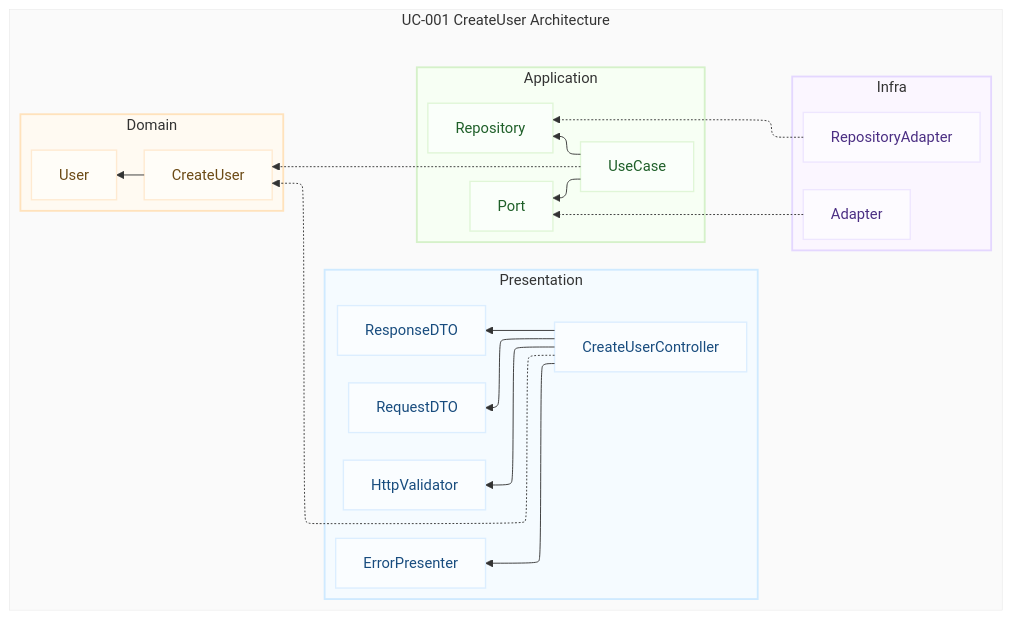
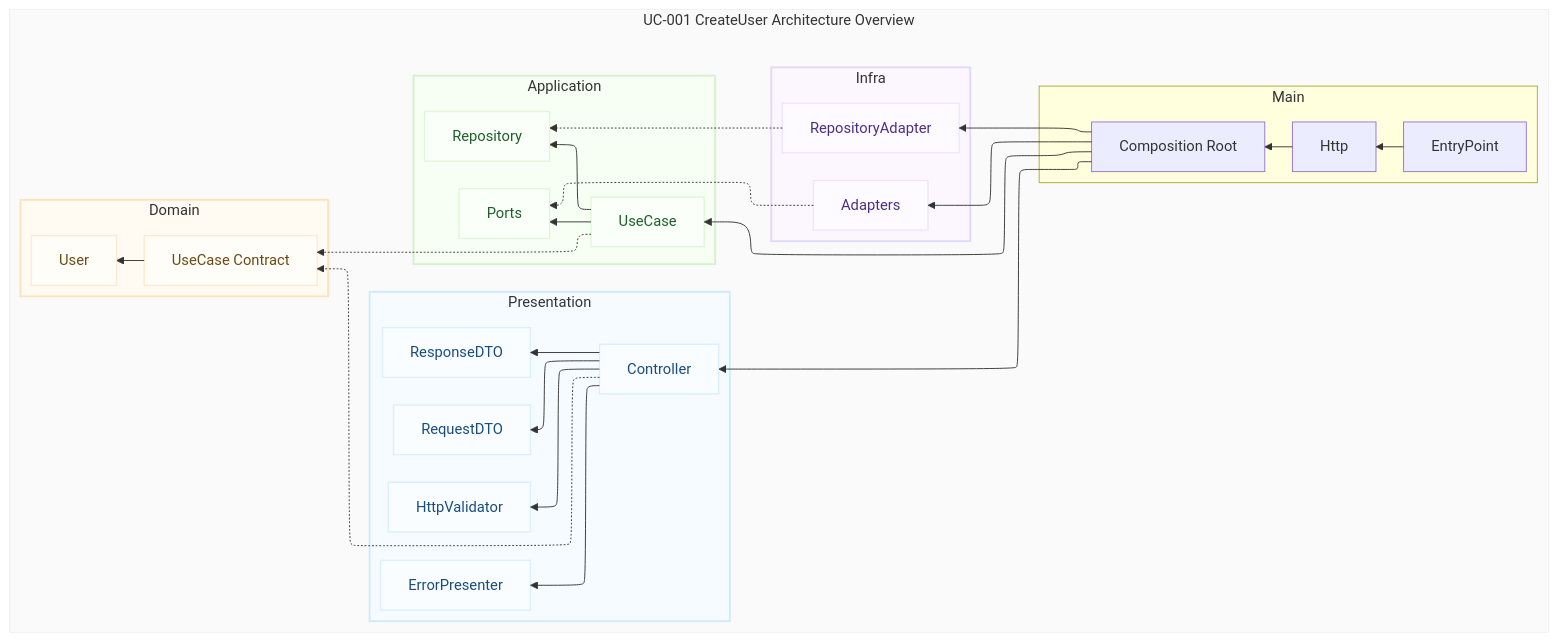
Before and after one commit to maurolps/ratemypet: the diagram in docs/diagrams/backend/UC-001-create-user-architecture.md, drawn with Mermaid.

Commit message:
docs(diagram): add main layer to UC-001 architecture

```diff
--- a/docs/diagrams/backend/UC-001-create-user-architecture.md
+++ b/docs/diagrams/backend/UC-001-create-user-architecture.md
@@ -9,45 +9,59 @@
 
 flowchart RL
 
-  subgraph Architecture[UC-001 CreateUser Architecture]
-  
+  subgraph Architecture[UC-001 CreateUser Architecture Overview]
+    %% Main
+    subgraph Main
+      Composition[Composition Root]
+      EntryPoint
+      Http
+    end
+          %% Main Relations
+          EntryPoint --> Http
+          Http --> Composition
+          Composition --> Controller
+          Composition --> UseCase
+          Composition --> Adapters
+          Composition --> RepositoryAdapter
+
     %% Presentation
     subgraph Presentation
-      CreateUserController 
+      Controller 
       ErrorPresenter
       HttpValidator
       RequestDTO   
       ResponseDTO 
     end
           %% Presentation Relations
-          CreateUserController -.-> CreateUser
-          CreateUserController --> RequestDTO
-          CreateUserController --> ResponseDTO
-          CreateUserController --> HttpValidator
-          CreateUserController --> ErrorPresenter    
+          Controller -.-> CreateUser
+          Controller --> RequestDTO
+          Controller --> ResponseDTO
+          Controller --> HttpValidator
+          Controller --> ErrorPresenter    
 
     %% Infra
     subgraph Infra
-      Adapter
+      Adapters
       RepositoryAdapter
     end
+
 
     %% Application
     subgraph Application
       UseCase
       Repository
-      Port
+      Ports
     end
           %% Application Relations
-          UseCase --> Port
+          UseCase --> Ports
           UseCase --> Repository
           UseCase -..-> CreateUser
-          Adapter -.-> Port
+          Adapters -.-> Ports
           RepositoryAdapter -.-> Repository
           
     %% Domain
     subgraph Domain
-      CreateUser --> User
+      CreateUser[UseCase Contract] --> User
     end
 
   end
@@ -66,9 +80,9 @@
   classDef infra        fill:#FDFBFF,stroke:#EEE6FF,stroke-width:1.5px,color:#4B2E83;
 
   %% Apply Classes
-  class CreateUserController,RequestDTO,ResponseDTO,HttpValidator,ErrorPresenter presentation;
-  class Adapter,RepositoryAdapter infra;
-  class UseCase,Port,Repository application;
+  class Controller,RequestDTO,ResponseDTO,HttpValidator,ErrorPresenter presentation;
+  class Adapters,RepositoryAdapter infra;
+  class UseCase,Ports,Repository application;
   class CreateUser,User domain;
 
 
```
